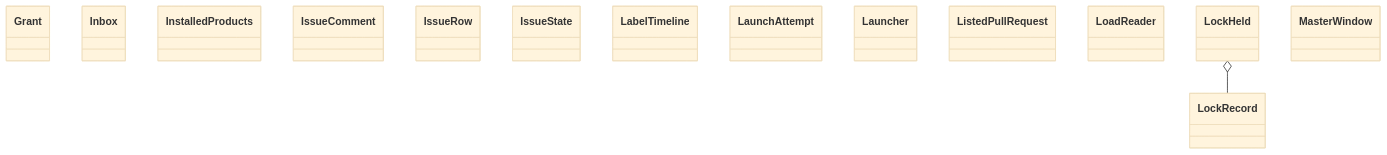
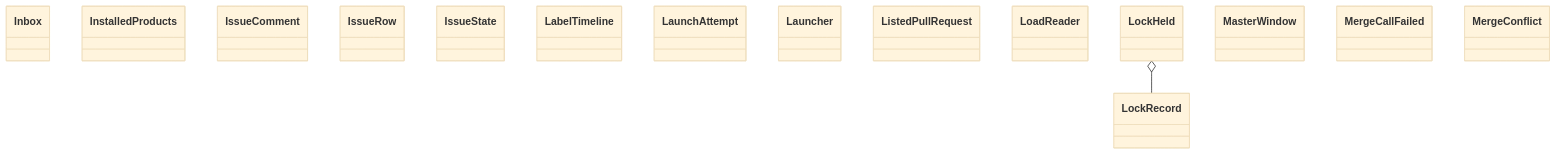
The diagram in docs/architecture/generated/classes-process-application-support-3.md (GonzaloZevallos/agentic-system), drawn with Mermaid (base theme) before and after one commit. The commit also changed 24 other files, not shown here.

````diff
--- a/docs/architecture/generated/classes-process-application-support-3.md
+++ b/docs/architecture/generated/classes-process-application-support-3.md
@@ -19,18 +19,19 @@
 ```mermaid
 classDiagram
-    class ports__Grant["Grant"]
     class ports__Inbox["Inbox"]
     class ports__InstalledProducts["InstalledProducts"]
     class ports__IssueComment["IssueComment"]
     class ports__IssueRow["IssueRow"]
     class ports__IssueState["IssueState"]
     class ports__LabelTimeline["LabelTimeline"]
     class ports__LaunchAttempt["LaunchAttempt"]
     class ports__Launcher["Launcher"]
     class ports__ListedPullRequest["ListedPullRequest"]
     class ports__LoadReader["LoadReader"]
     class ports__LockHeld["LockHeld"]
     class ports__LockRecord["LockRecord"]
     class ports__MasterWindow["MasterWindow"]
+    class ports__MergeCallFailed["MergeCallFailed"]
+    class ports__MergeConflict["MergeConflict"]
     ports__LockHeld o-- ports__LockRecord
 ```
````
